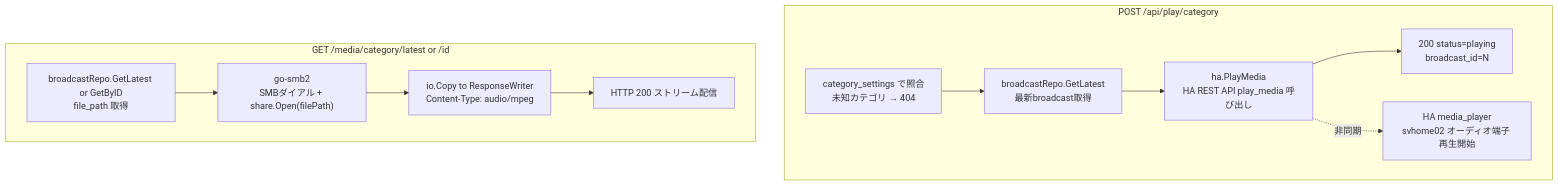
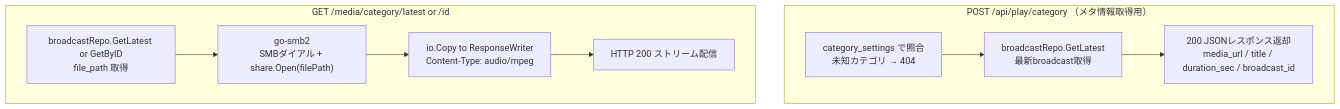
Before and after one commit to svhome01/ai-news: diagram 12 of 13 in PLAN.md, drawn with Mermaid. The commit also changed other lines of this file, not shown here.

Commit message:
Refactor audio playback flow in PLAN.md to clarify Home Assistant integration and remove unnecessary API calls

````diff
--- a/PLAN.md
+++ b/PLAN.md
@@ -1111,15 +1095,13 @@
 ```mermaid
 flowchart TD
-    subgraph PLAY[POST /api/play/category]
+    subgraph PLAY[POST /api/play/category （メタ情報取得用）]
         P1["category_settings で照合<br/>未知カテゴリ → 404"] --> P2["broadcastRepo.GetLatest<br/>最新broadcast取得"]
-        P2 --> P3["ha.PlayMedia<br/>HA REST API play_media 呼び出し"]
-        P3 --> P4["200 status=playing<br/>broadcast_id=N"]
-        P3 -.->|非同期| P5["HA media_player<br/>svhome02 オーディオ端子 再生開始"]
+        P2 --> P3["200 JSONレスポンス返却<br/>media_url / title / duration_sec / broadcast_id"]
     end
 
     subgraph MEDIA[GET /media/category/latest or /id]
         M1["broadcastRepo.GetLatest or GetByID<br/>file_path 取得"] --> M2["go-smb2<br/>SMBダイアル + share.Open(filePath)"]
         M2 --> M3["io.Copy to ResponseWriter<br/>Content-Type: audio/mpeg"]
         M3 --> M4["HTTP 200 ストリーム配信"]
     end
 ```
````
